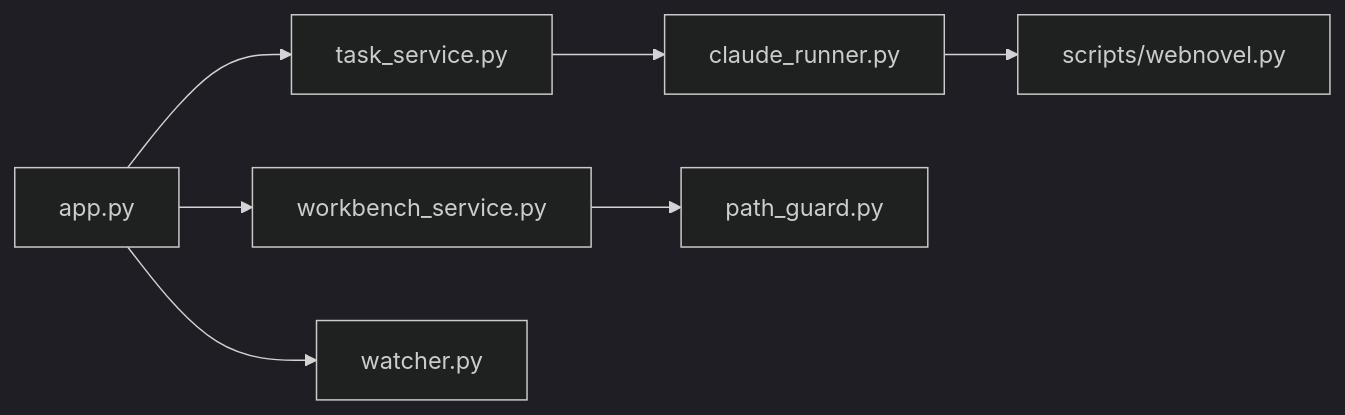
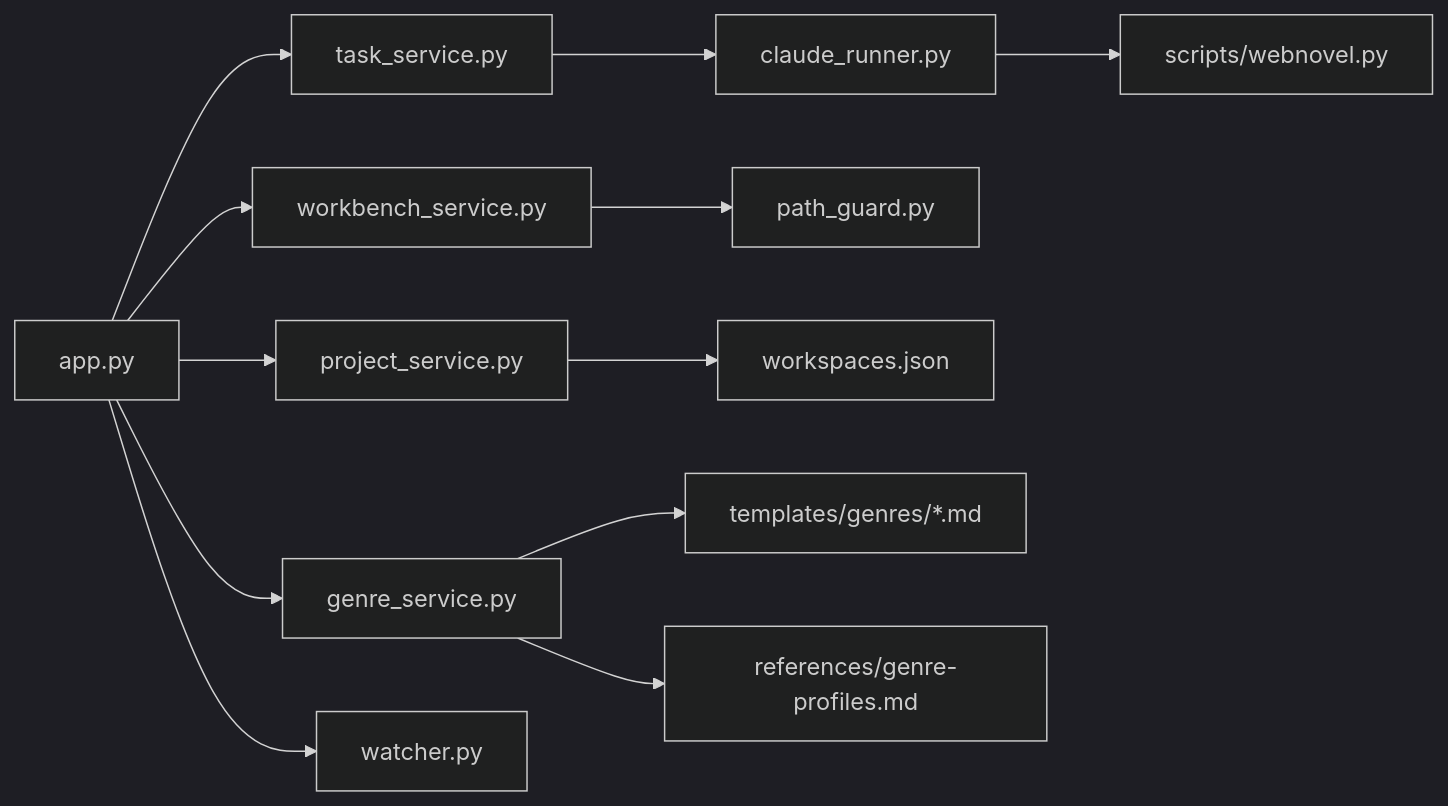
The ninth of 9 diagrams in .qoder/repowiki/zh/content/写作工作台/后端服务实现.md (ssffpt/webnovel-writer), drawn with Mermaid (dark theme) before and after one commit. The commit also changed other lines of this file and 13 other files, not shown here.

````diff
--- a/.qoder/repowiki/zh/content/写作工作台/后端服务实现.md
+++ b/.qoder/repowiki/zh/content/写作工作台/后端服务实现.md
@@ -268,9 +362,14 @@
 ```mermaid
 graph LR
 APP["app.py"] --> WB["workbench_service.py"]
 APP --> TS["task_service.py"]
+APP --> GS["genre_service.py"]
+APP --> PS["project_service.py"]
 APP --> WDT["watcher.py"]
 TS --> CR["claude_runner.py"]
 WB --> PG["path_guard.py"]
+PS --> WS["workspaces.json"]
 CR --> SCR["scripts/webnovel.py"]
+GS --> TPL["templates/genres/*.md"]
+GS --> REF["references/genre-profiles.md"]
 ```
````
